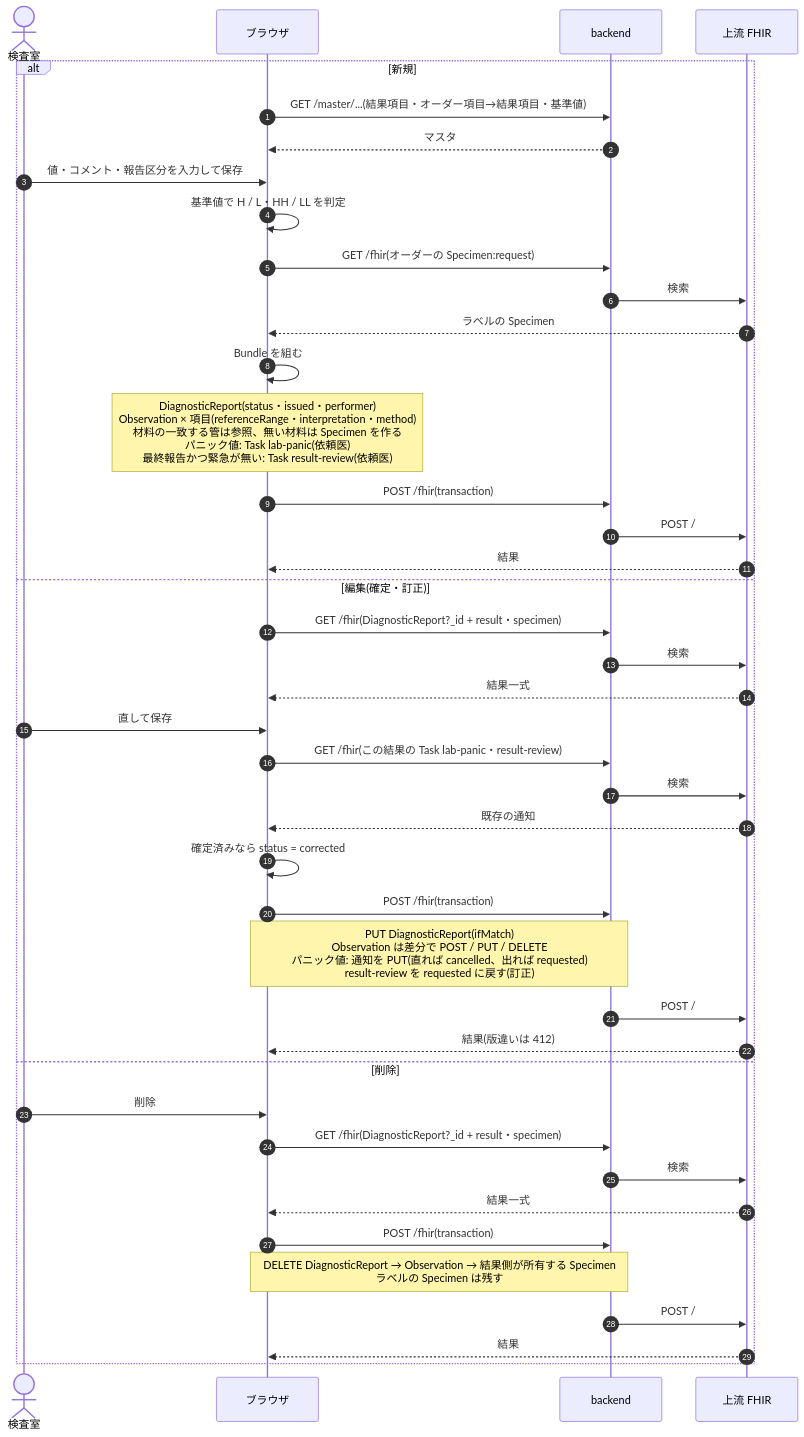
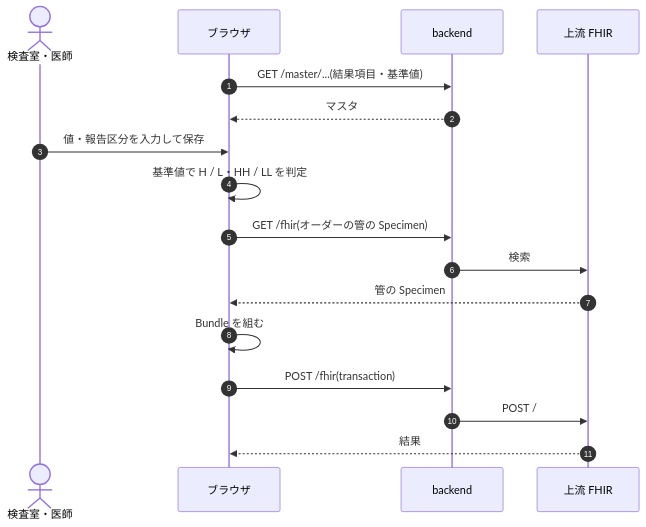
The eighth of 14 diagrams in docs/dev/lab.md (ysnr-dev/fhir-client-docs), drawn with Mermaid before and after one commit. The commit also changed other lines of this file and 43 other files, not shown here.

Commit message:
docs: 業務フローとシーケンス図を写し直し

````diff
--- a/docs/dev/lab.md
+++ b/docs/dev/lab.md
@@ -194,45 +340,20 @@
 ```mermaid
 sequenceDiagram
   autonumber
-  actor Tech as 検査室
+  actor Tech as 検査室・医師
   participant UI as ブラウザ
   participant BE as backend
   participant FHIR as 上流 FHIR
 
-  alt 新規
-    UI->>BE: GET /master/...(結果項目・オーダー項目→結果項目・基準値)
-    BE-->>UI: マスタ
-    Tech->>UI: 値・コメント・報告区分を入力して保存
-    UI->>UI: 基準値で H / L・HH / LL を判定
-    UI->>BE: GET /fhir(オーダーの Specimen:request)
-    BE->>FHIR: 検索
-    FHIR-->>UI: ラベルの Specimen
-    UI->>UI: Bundle を組む
-    Note over UI: DiagnosticReport(status・issued・performer)<br/>Observation × 項目(referenceRange・interpretation・method)<br/>材料の一致する管は参照、無い材料は Specimen を作る<br/>パニック値: Task lab-panic(依頼医)<br/>最終報告かつ緊急が無い: Task result-review(依頼医)
-    UI->>BE: POST /fhir(transaction)
-    BE->>FHIR: POST /
-    FHIR-->>UI: 結果
-  else 編集(確定・訂正)
-    UI->>BE: GET /fhir(DiagnosticReport?_id + result・specimen)
-    BE->>FHIR: 検索
-    FHIR-->>UI: 結果一式
-    Tech->>UI: 直して保存
-    UI->>BE: GET /fhir(この結果の Task lab-panic・result-review)
-    BE->>FHIR: 検索
-    FHIR-->>UI: 既存の通知
-    UI->>UI: 確定済みなら status = corrected
-    UI->>BE: POST /fhir(transaction)
-    Note over UI,BE: PUT DiagnosticReport(ifMatch)<br/>Observation は差分で POST / PUT / DELETE<br/>パニック値: 通知を PUT(直れば cancelled、出れば requested)<br/>result-review を requested に戻す(訂正)
-    BE->>FHIR: POST /
-    FHIR-->>UI: 結果(版違いは 412)
-  else 削除
-    Tech->>UI: 削除
-    UI->>BE: GET /fhir(DiagnosticReport?_id + result・specimen)
-    BE->>FHIR: 検索
-    FHIR-->>UI: 結果一式
-    UI->>BE: POST /fhir(transaction)
-    Note over UI,BE: DELETE DiagnosticReport → Observation → 結果側が所有する Specimen<br/>ラベルの Specimen は残す
-    BE->>FHIR: POST /
-    FHIR-->>UI: 結果
-  end
+  UI->>BE: GET /master/...(結果項目・基準値)
+  BE-->>UI: マスタ
+  Tech->>UI: 値・報告区分を入力して保存
+  UI->>UI: 基準値で H / L・HH / LL を判定
+  UI->>BE: GET /fhir(オーダーの管の Specimen)
+  BE->>FHIR: 検索
+  FHIR-->>UI: 管の Specimen
+  UI->>UI: Bundle を組む
+  UI->>BE: POST /fhir(transaction)
+  BE->>FHIR: POST /
+  FHIR-->>UI: 結果
 ```
````
